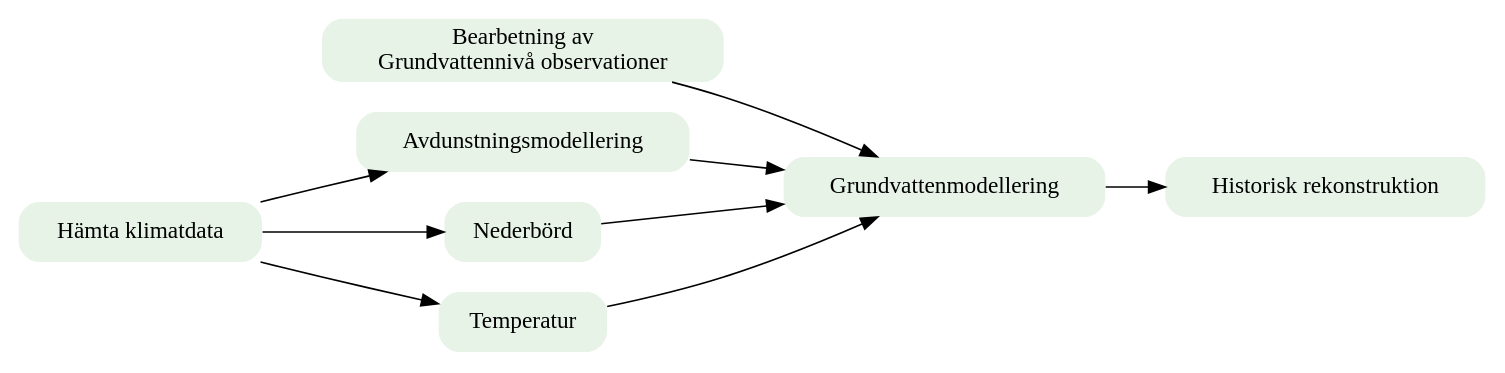
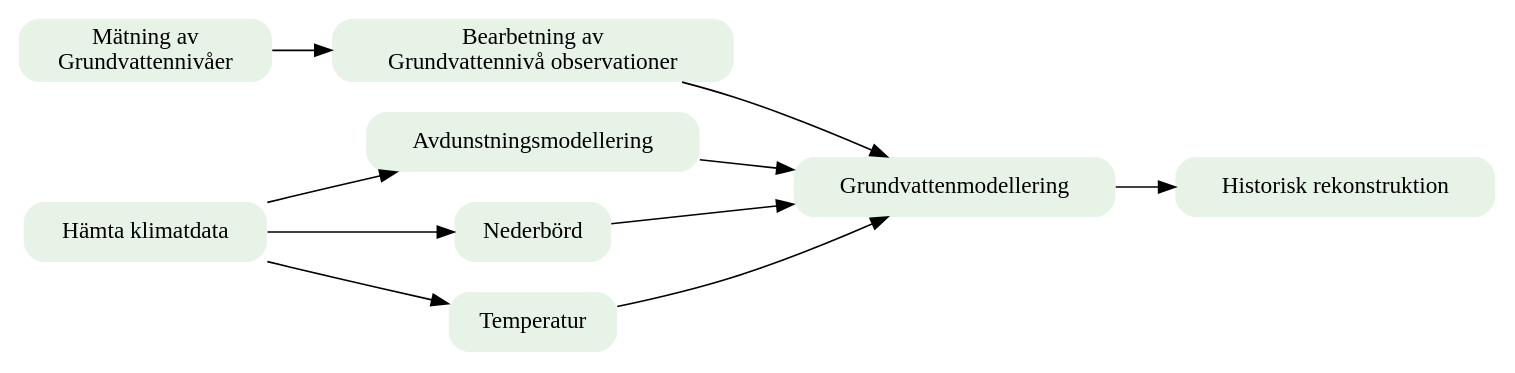
Before and after one commit to ezra-haaf/Hydrogeologiska-storningar: the diagram in handledning/flowcharts/larmnivaer.rst, drawn with Graphviz. The commit also changed other lines of this file, not shown here.

Commit message:
small fixes

```diff
--- a/handledning/flowcharts/larmnivaer.rst
+++ b/handledning/flowcharts/larmnivaer.rst
@@ -11,23 +13,26 @@
 .. graphviz::
 
    digraph G {
      rankdir=LR;
      node [shape=box, style="rounded,filled", fillcolor="#e8f3e8", penwidth=0];
 
+     GWMAT [label="Mätning av\nGrundvattennivåer"]; 
      GWOBS [label="Bearbetning av\nGrundvattennivå observationer", URL="../examples/kompensation.html", target="_top"];
      KLIMAT [label="Hämta klimatdata", URL="../examples/klimatdata.html", target="_top"];
      AVD    [label="Avdunstningsmodellering", URL="../examples/avdunstning.html", target="_top"];
      GWMOD  [label="Grundvattenmodellering", URL="../examples/kalibrering.html", target="_top"];
      HIST   [label="Historisk rekonstruktion", URL="../examples/hindcasting.html", target="_top"];
      NED    [label="Nederbörd", URL="../examples/nederbord.html", target="_top"];
      TEMP   [label="Temperatur", URL="../examples/temperatur.html", target="_top"];
 
+
      KLIMAT -> AVD;
+     GWMAT -> GWOBS;
      GWOBS -> GWMOD;
      AVD -> GWMOD;
      GWMOD -> HIST;
-     KLIMAT -> NED ;
+     KLIMAT -> NED;
      NED -> GWMOD;
      KLIMAT -> TEMP;
      TEMP -> GWMOD;
    }
```
